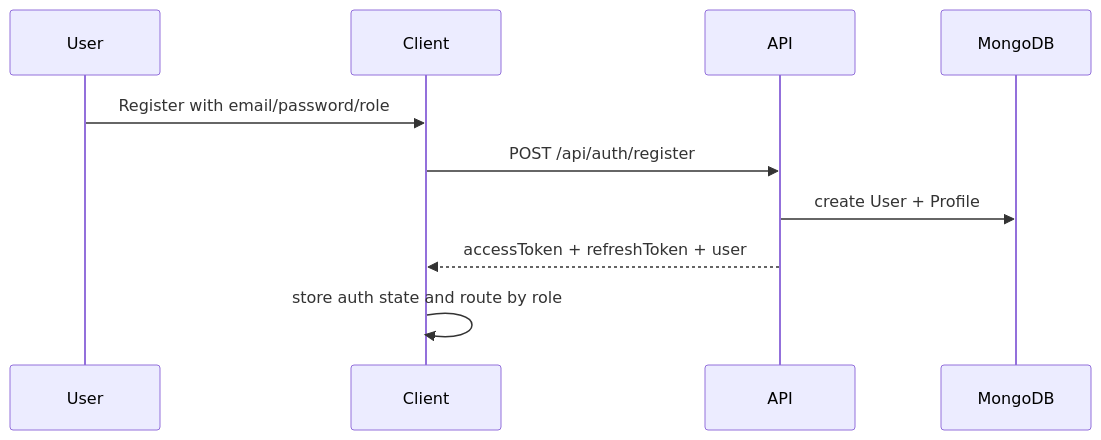
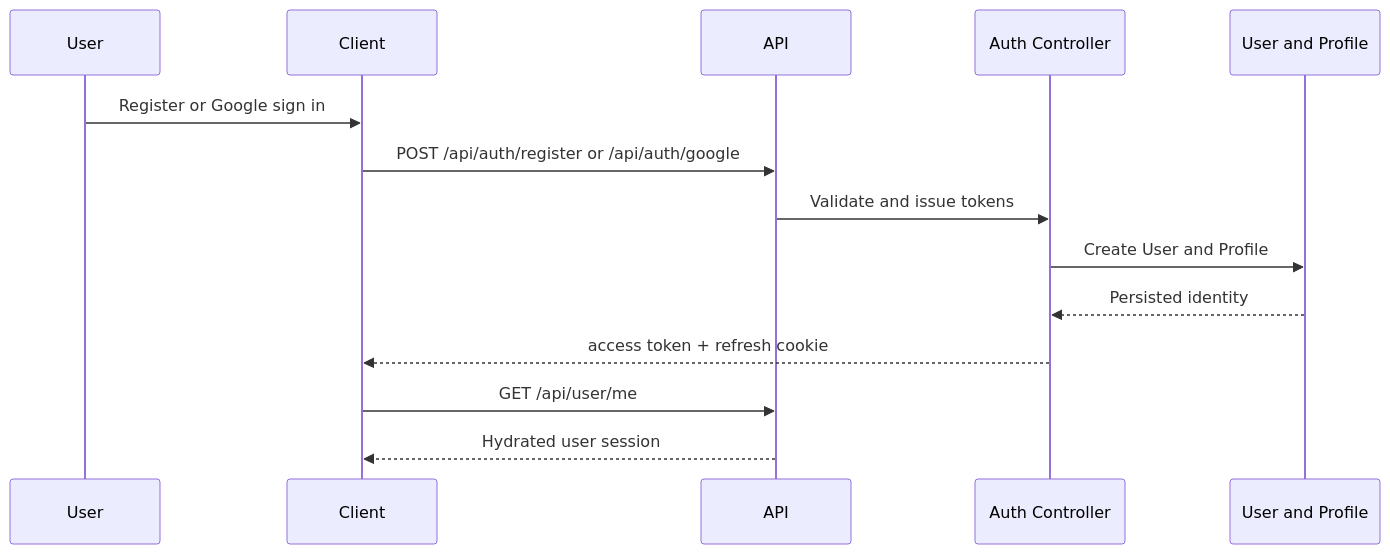
Before and after one commit to SubhashKumar14/DevFolio-App: the second of 9 diagrams in documentation/WORKFLOW.md, drawn with Mermaid. The commit also changed other lines of this file and 22 other files, not shown here.

Commit message:
docs: add theoretical foundations to diagram-first documentation

````diff
--- a/documentation/WORKFLOW.md
+++ b/documentation/WORKFLOW.md
@@ -17,13 +28,17 @@
 ```mermaid
 sequenceDiagram
-  participant U as User
-  participant C as Client
-  participant A as API
-  participant DB as MongoDB
+  participant User
+  participant Client
+  participant API
+  participant Auth as Auth Controller
+  participant DB as User and Profile
 
-  U->>C: Register with email/password/role
-  C->>A: POST /api/auth/register
-  A->>DB: create User + Profile
-  A-->>C: accessToken + refreshToken + user
-  C->>C: store auth state and route by role
+  User->>Client: Register or Google sign in
+  Client->>API: POST /api/auth/register or /api/auth/google
+  API->>Auth: Validate and issue tokens
+  Auth->>DB: Create User and Profile
+  DB-->>Auth: Persisted identity
+  Auth-->>Client: access token + refresh cookie
+  Client->>API: GET /api/user/me
+  API-->>Client: Hydrated user session
 ```
````
